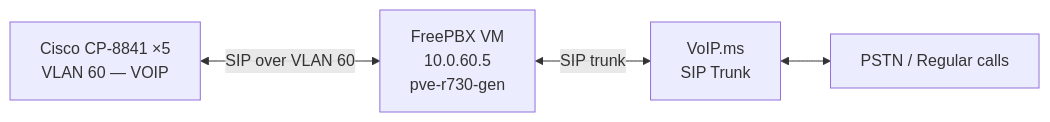
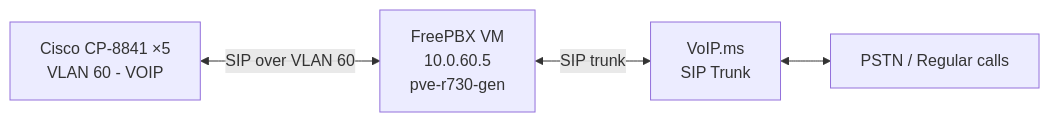
One commit to machismo0311/Home-Lab changed the diagram in vault/Projects/VoIP - FreePBX.md. Above: the diagram before and after it, drawn with Mermaid. The commit also changed other lines of this file and 55 other files, not shown here.

Commit message:
vault: remove em dashes throughout (em dash -> hyphen, prose + docs); preserve en-dash ranges, ASCII alignment, mermaid, and links

````diff
--- a/vault/Projects/VoIP - FreePBX.md
+++ b/vault/Projects/VoIP - FreePBX.md
@@ -28,11 +28,11 @@
 ```mermaid
 flowchart LR
-    PHONES[Cisco CP-8841 ×5\nVLAN 60 — VOIP]
+    PHONES[Cisco CP-8841 ×5\nVLAN 60 - VOIP]
     PBX[FreePBX VM\n10.0.60.5\npve-r730-gen]
     VOIPMS[VoIP.ms\nSIP Trunk]
     PSTN[PSTN / Regular calls]
 
     PHONES <-->|SIP over VLAN 60| PBX
     PBX <-->|SIP trunk| VOIPMS
     VOIPMS <--> PSTN
 ```
````
